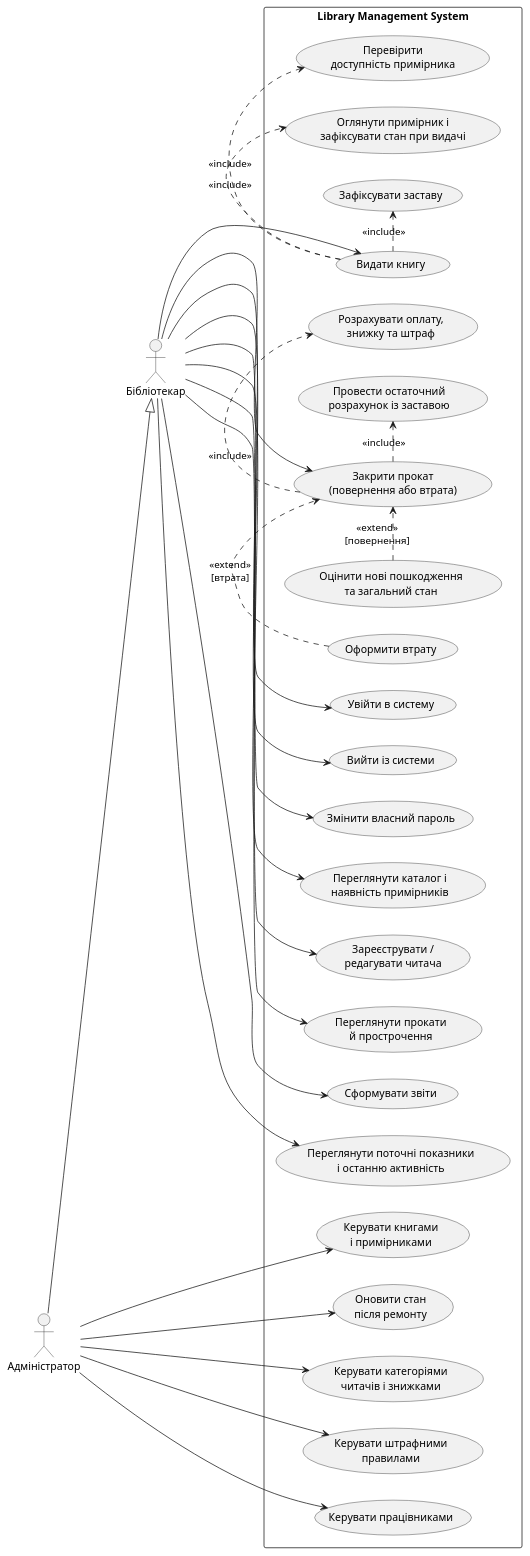
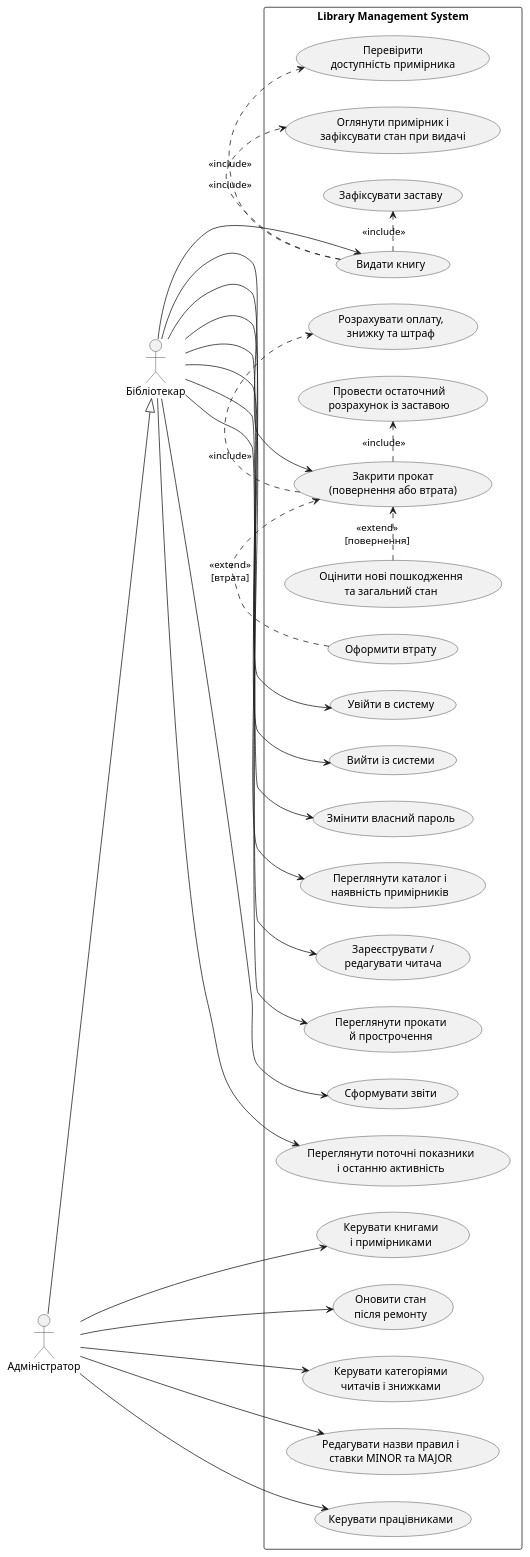
One commit to RomanNovachok/library-management-system changed the diagram in docs/diagrams/use-case.puml. Above: the diagram before and after it, drawn with PlantUML. The commit also changed 38 other files, not shown here.

```diff
--- a/docs/diagrams/use-case.puml
+++ b/docs/diagrams/use-case.puml
@@ -1,54 +1,54 @@
 @startuml
 left to right direction
 skinparam packageStyle rectangle
 skinparam shadowing false
 actor "Бібліотекар" as Librarian
 actor "Адміністратор" as Admin
 Admin --|> Librarian
 rectangle "Library Management System" {
   usecase "Увійти в систему" as Login
   usecase "Вийти із системи" as Logout
   usecase "Змінити власний пароль" as ChangePassword
   usecase "Переглянути каталог і\nнаявність примірників" as Catalog
   usecase "Зареєструвати /\nредагувати читача" as Readers
   usecase "Видати книгу" as Issue
   usecase "Перевірити\nдоступність примірника" as Availability
   usecase "Оглянути примірник і\nзафіксувати стан при видачі" as InspectIssue
   usecase "Зафіксувати заставу" as Deposit
   usecase "Закрити прокат\n(повернення або втрата)" as Close
   usecase "Розрахувати оплату,\nзнижку та штраф" as Calculate
   usecase "Оцінити нові пошкодження\nта загальний стан" as AssessReturn
   usecase "Оформити втрату" as MarkLost
   usecase "Провести остаточний\nрозрахунок із заставою" as Settle
   usecase "Переглянути прокати\nй прострочення" as Rentals
   usecase "Сформувати звіти" as Reports
   usecase "Переглянути поточні показники\nі останню активність" as Dashboard
   usecase "Керувати книгами\nі примірниками" as ManageBooks
   usecase "Оновити стан\nпісля ремонту" as Repair
   usecase "Керувати категоріями\nчитачів і знижками" as ManageCategories
-  usecase "Керувати штрафними\nправилами" as ManageFines
+  usecase "Редагувати назви правил і\nставки MINOR та MAJOR" as ManageFines
   usecase "Керувати працівниками" as Staff
 }
 Librarian --> Login
 Librarian --> Logout
 Librarian --> ChangePassword
 Librarian --> Catalog
 Librarian --> Readers
 Librarian --> Issue
 Librarian --> Close
 Librarian --> Rentals
 Librarian --> Reports
 Librarian --> Dashboard
 Admin --> ManageBooks
 Admin --> Repair
 Admin --> ManageCategories
 Admin --> ManageFines
 Admin --> Staff
 Issue .> Availability : <<include>>
 Issue .> InspectIssue : <<include>>
 Issue .> Deposit : <<include>>
 Close .> Calculate : <<include>>
 Close .> Settle : <<include>>
 AssessReturn .> Close : <<extend>>\n[повернення]
 MarkLost .> Close : <<extend>>\n[втрата]
 @enduml
```
